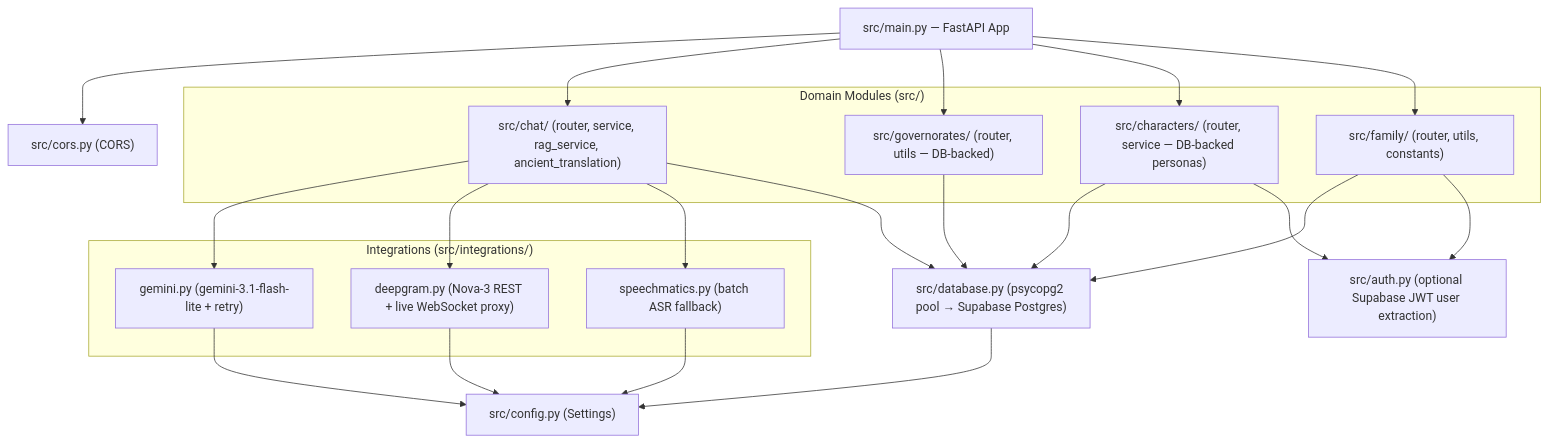
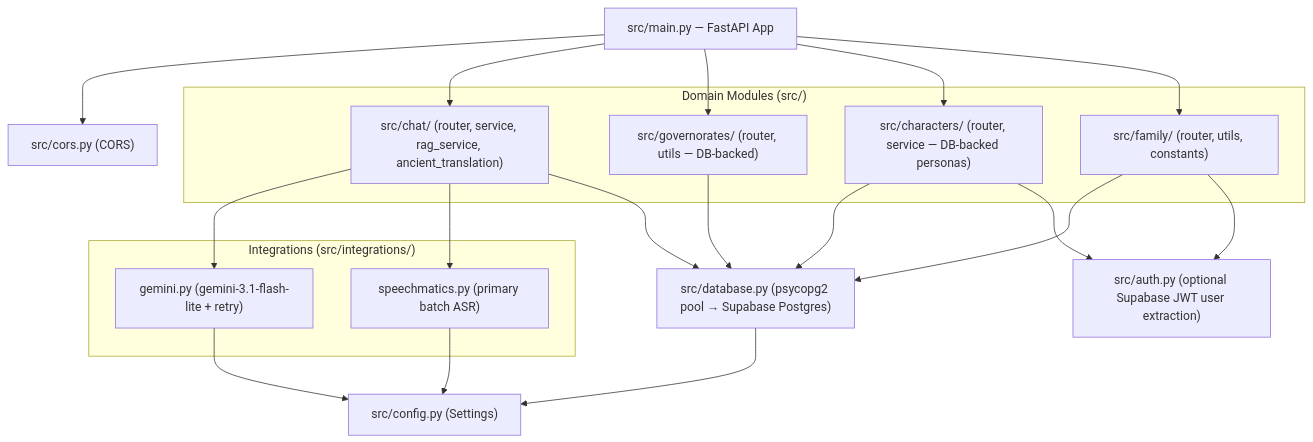
Before and after one commit to Youssef12as/hakawi: the diagram in backend/BACKEND.md, drawn with Mermaid. The commit also changed other lines of this file and 11 other files, not shown here.

````diff
--- a/backend/BACKEND.md
+++ b/backend/BACKEND.md
@@ -16,43 +16,40 @@
 ```mermaid
 graph TD
     App["src/main.py — FastAPI App"]
 
     subgraph Domains ["Domain Modules (src/)"]
         Chat["src/chat/ (router, service, rag_service, ancient_translation)"]
         Gov["src/governorates/ (router, utils — DB-backed)"]
         Chars["src/characters/ (router, service — DB-backed personas)"]
         Fam["src/family/ (router, utils, constants)"]
     end
 
     subgraph Integrations ["Integrations (src/integrations/)"]
         Gemini["gemini.py (gemini-3.1-flash-lite + retry)"]
-        Deepgram["deepgram.py (Nova-3 REST + live WebSocket proxy)"]
-        STT["speechmatics.py (batch ASR fallback)"]
+        STT["speechmatics.py (primary batch ASR)"]
     end
 
     DB["src/database.py (psycopg2 pool → Supabase Postgres)"]
     Auth["src/auth.py (optional Supabase JWT user extraction)"]
     Config["src/config.py (Settings)"]
     CORS["src/cors.py (CORS)"]
 
     App --> CORS
     App --> Chat
     App --> Gov
     App --> Chars
     App --> Fam
 
     Chat --> Gemini
-    Chat --> Deepgram
     Chat --> STT
     Chat --> DB
     Gov --> DB
     Chars --> DB
     Fam --> DB
     Fam --> Auth
     Chars --> Auth
 
     Gemini --> Config
-    Deepgram --> Config
     STT --> Config
     DB --> Config
 ```
````
